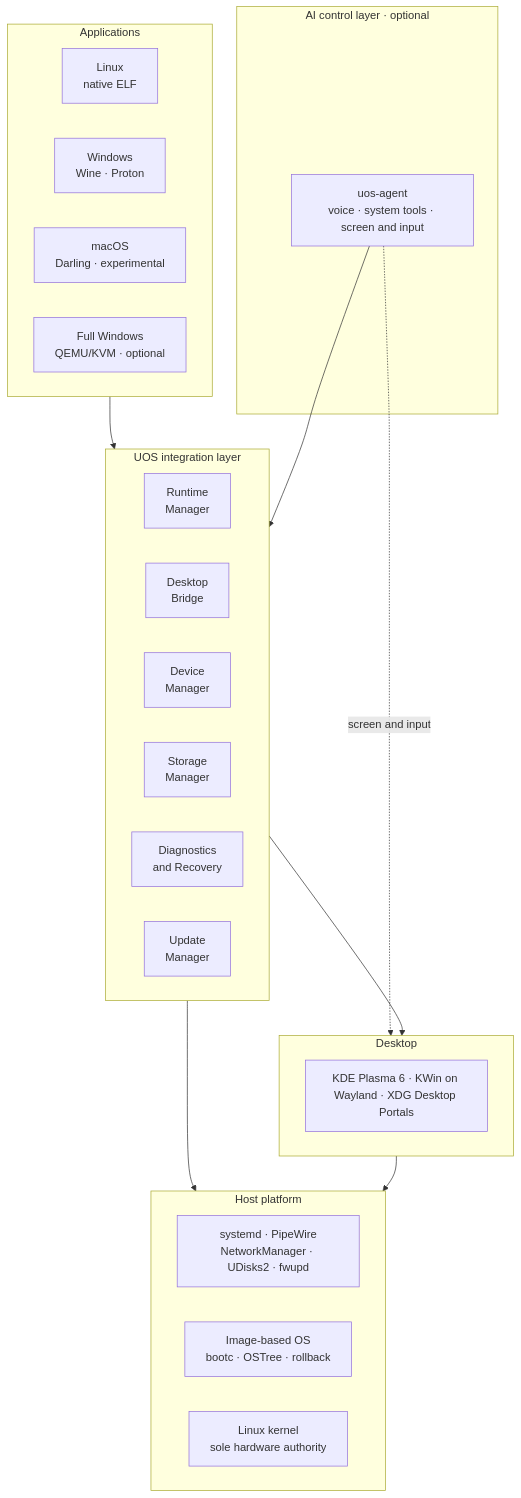
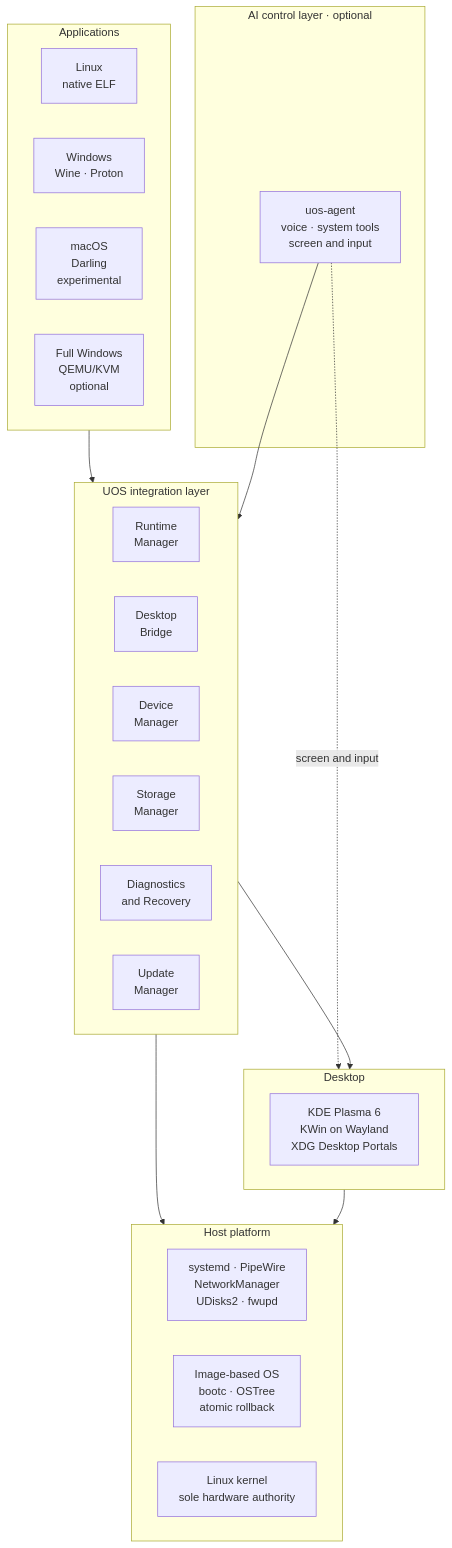
The diagram in README.md (giorgiogiudice/TUR), drawn with Mermaid before and after one commit. The commit also changed other lines of this file, not shown here.

Commit message:
Tidy README architecture diagram labels and list the licence file

````diff
--- a/README.md
+++ b/README.md
@@ -102,42 +102,42 @@
 ```mermaid
 flowchart TB
     subgraph APPS["Applications"]
         direction LR
         L["Linux<br/>native ELF"]
         W["Windows<br/>Wine · Proton"]
-        M["macOS<br/>Darling · experimental"]
-        V["Full Windows<br/>QEMU/KVM · optional"]
+        M["macOS<br/>Darling<br/>experimental"]
+        V["Full Windows<br/>QEMU/KVM<br/>optional"]
     end
 
     subgraph AI["AI control layer · optional"]
-        AG["uos-agent<br/>voice · system tools · screen and input"]
+        AG["uos-agent<br/>voice · system tools<br/>screen and input"]
     end
 
     subgraph UOS["UOS integration layer"]
         direction LR
         RT["Runtime<br/>Manager"]
         DB["Desktop<br/>Bridge"]
         DM["Device<br/>Manager"]
         SM["Storage<br/>Manager"]
         DG["Diagnostics<br/>and Recovery"]
         UP["Update<br/>Manager"]
     end
 
     subgraph DESK["Desktop"]
-        K["KDE Plasma 6 · KWin on Wayland · XDG Desktop Portals"]
+        K["KDE Plasma 6<br/>KWin on Wayland<br/>XDG Desktop Portals"]
     end
 
     subgraph HOST["Host platform"]
         direction LR
-        S["systemd · PipeWire<br/>NetworkManager · UDisks2 · fwupd"]
-        I["Image-based OS<br/>bootc · OSTree · rollback"]
+        S["systemd · PipeWire<br/>NetworkManager<br/>UDisks2 · fwupd"]
+        I["Image-based OS<br/>bootc · OSTree<br/>atomic rollback"]
         KN["Linux kernel<br/>sole hardware authority"]
     end
 
     APPS --> UOS
     AG --> UOS
     AG -. "screen and input" .-> DESK
     UOS --> DESK
     UOS --> HOST
     DESK --> HOST
 ```
````
